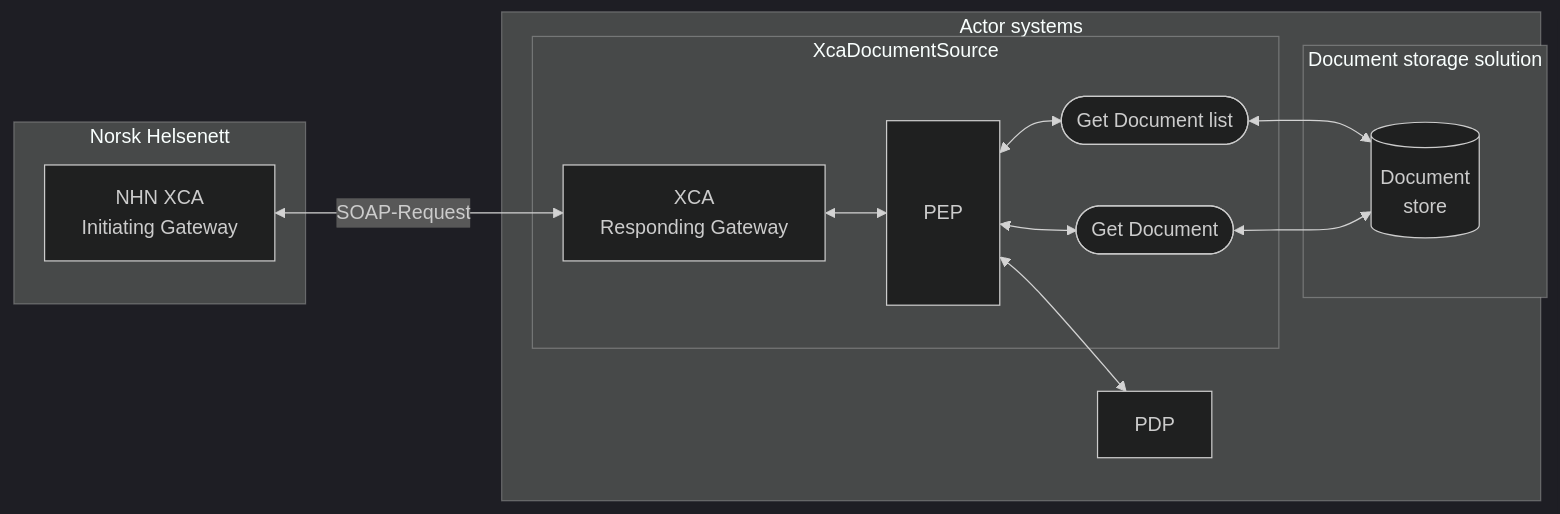
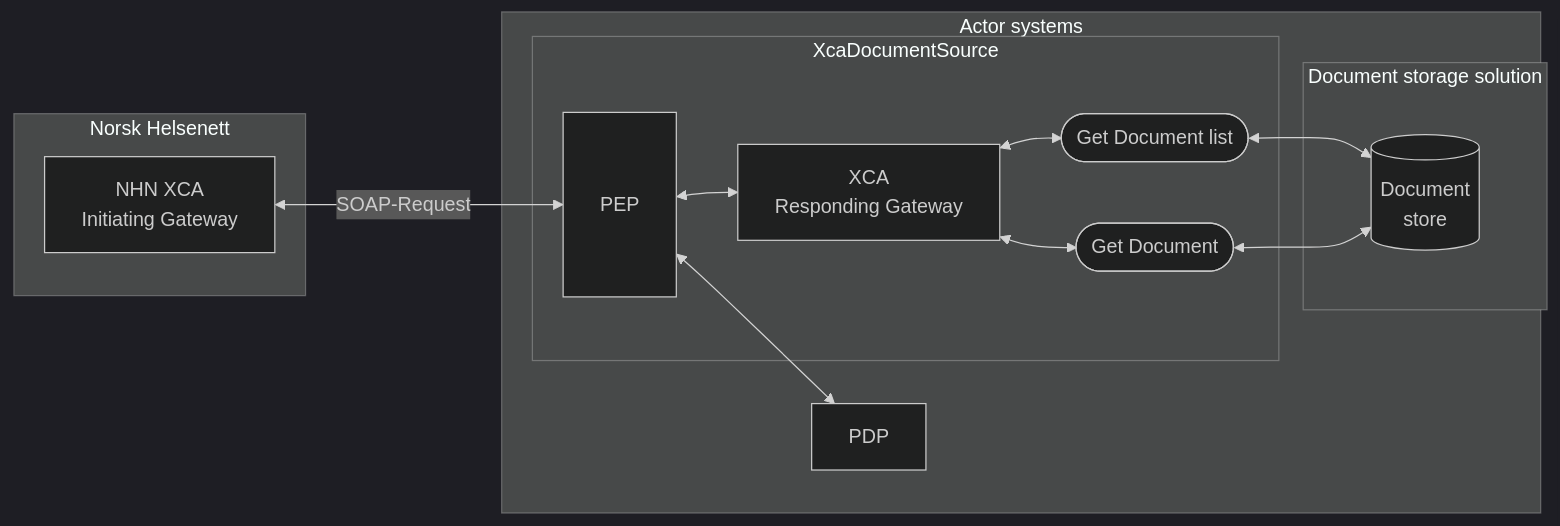
The diagram in README.md (timmo-nhn/XcaDocumentSource), drawn with Mermaid before and after one commit. The commit also changed other lines of this file and 30 other files, not shown here.

````diff
--- a/README.md
+++ b/README.md
@@ -19,37 +19,37 @@
 ```mermaid
 %%{init: {'theme':'dark'}}%%
 
 flowchart LR
 subgraph "Norsk Helsenett"
   nhnxca[NHN XCA<br>Initiating Gateway]
 end
 
 subgraph "Actor systems"
   subgraph "XcaDocumentSource"
     resgw[XCA<br>Responding Gateway]
 
     pep[<br><br>PEP<br><br><br>]
 
     doclist([Get Document list])
     document([Get Document])
   end
 
   pdp[PDP]
 
   subgraph "Document storage solution"
     docstore[(Document<br>store)]
   end
 end
 
-nhnxca <--SOAP-Request--> resgw
+nhnxca <--SOAP-Request--> pep
 
 pep<-->pdp
 
-resgw <--> pep
-pep <--> doclist
+pep <--> resgw
+resgw <--> doclist
 
-pep <--> document
+resgw <--> document
 
 doclist <--> docstore
 document <--> docstore
 ```
````
